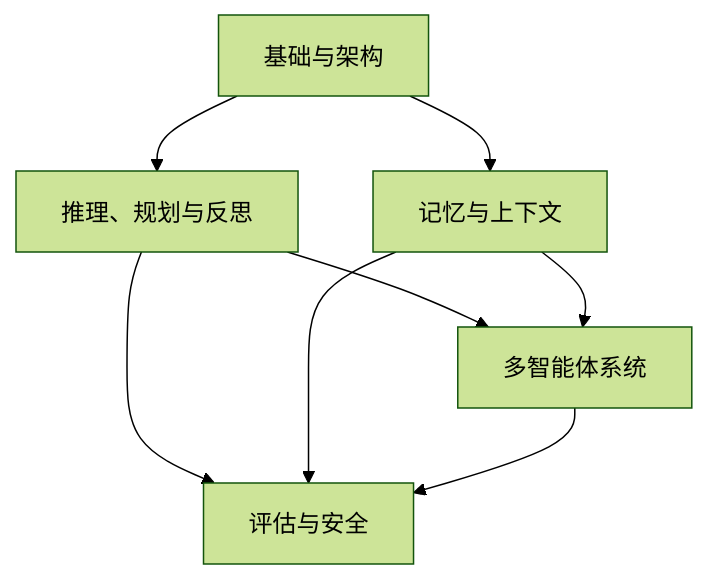
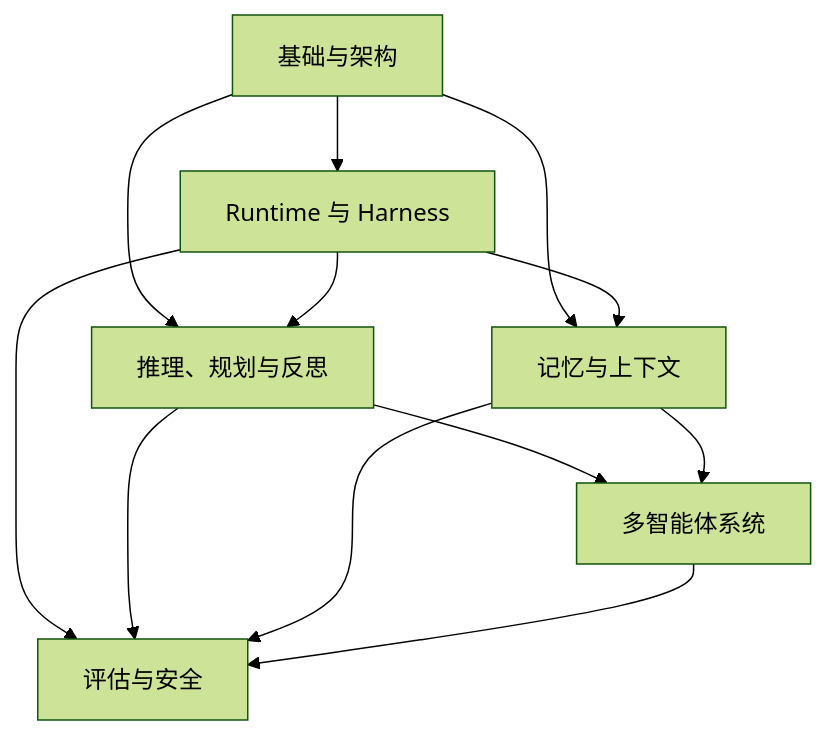
One commit to oneleaveknowsthefall/awesome-ai-roadmap changed the diagram in docs/agent/README.md. Above: the diagram before and after it, drawn with Mermaid (forest theme). The commit also changed other lines of this file and 104 other files, not shown here.

First line of the commit message:
docs: expand the AI roadmap to production and governance

````diff
--- a/docs/agent/README.md
+++ b/docs/agent/README.md
@@ -15,10 +16,14 @@
 ```mermaid
 flowchart TB
-    F[基础与架构] --> R[推理、规划与反思]
+    F[基础与架构] --> H[Runtime 与 Harness]
+    F --> R[推理、规划与反思]
     F --> M[记忆与上下文]
+    H --> R
+    H --> M
     R --> A[多智能体系统]
     M --> A
-    R --> P[评估与安全]
+    H --> P[评估与安全]
+    R --> P
     M --> P
     A --> P
 ```
````
